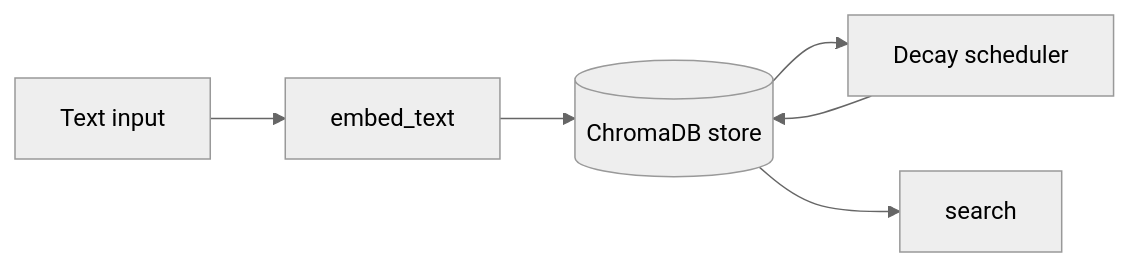
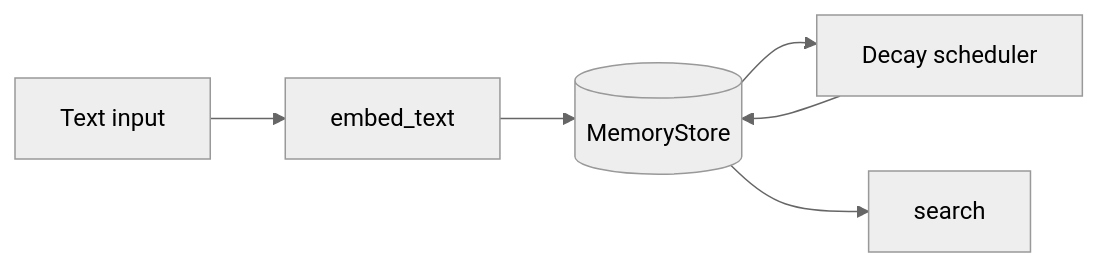
One commit to DINGIRABZU/ABZU changed the diagram in docs/memory_architecture.md. Above: the diagram before and after it, drawn with Mermaid (neutral theme). The commit also changed other lines of this file and 1 other file, not shown here.

Commit message:
Annotate spiral memory accumulator and document vector store deps

````diff
--- a/docs/memory_architecture.md
+++ b/docs/memory_architecture.md
@@ -42,8 +45,8 @@
 ```mermaid
 flowchart LR
     T[Text input] --> E[embed_text]
-    E --> C[(ChromaDB store)]
+    E --> C[(MemoryStore)]
     C --> D[Decay scheduler]
     C --> R[search]
     D --> C
 ```
````
